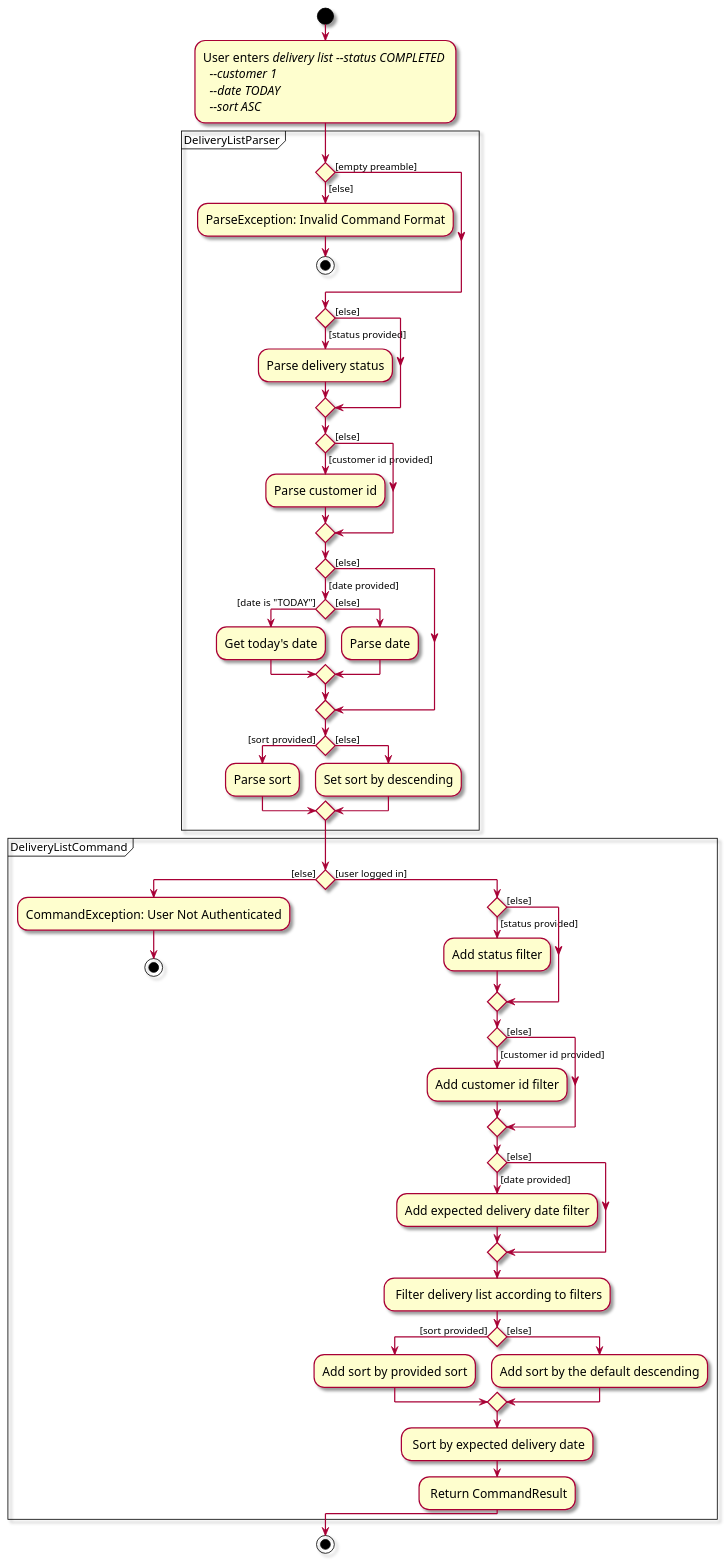
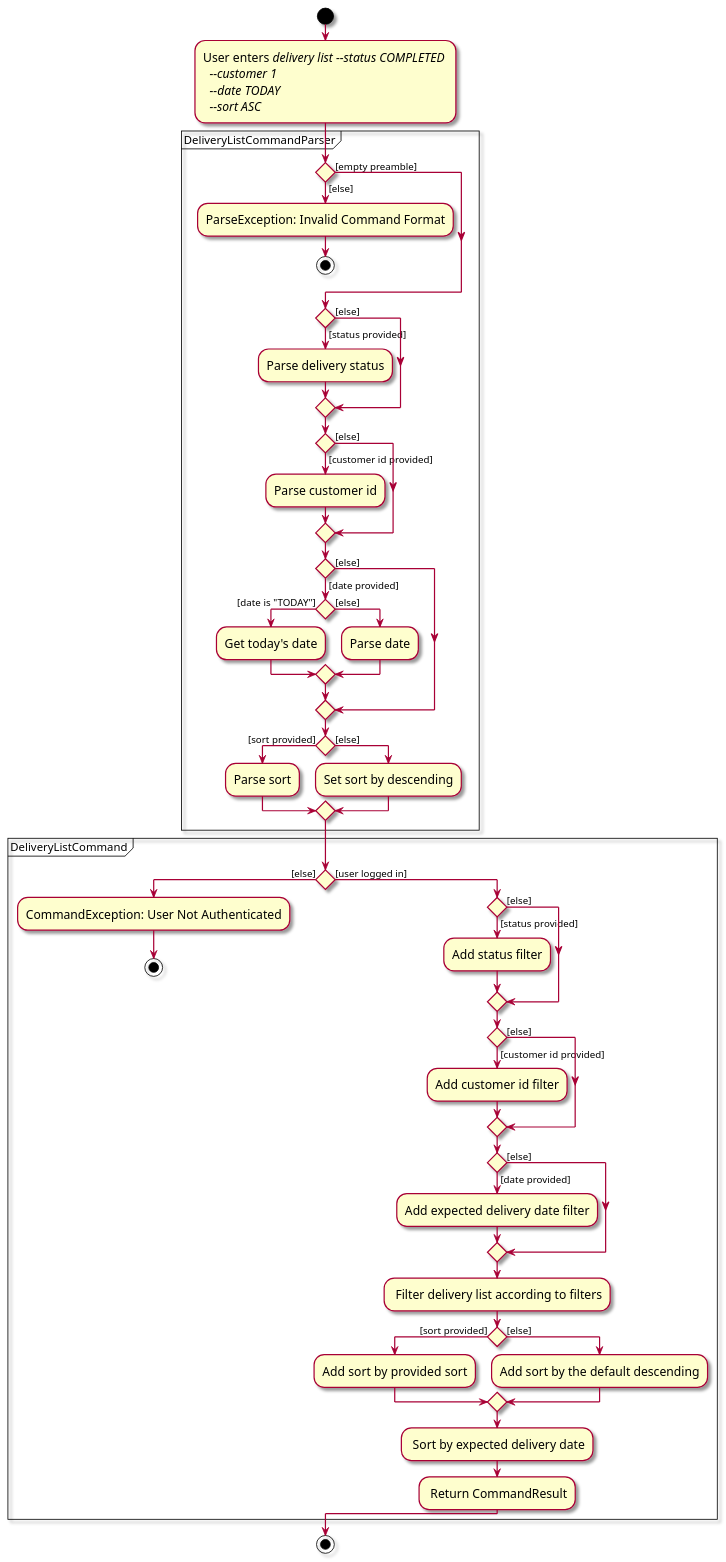
One commit to zhonghan721/tp changed the diagram in docs/diagrams/implementation/delivery/DeliveryListActivityDiagram.puml. Above: the diagram before and after it, drawn with PlantUML. The commit also changed 1 other file, not shown here.

Commit message:
Update parser name

```diff
--- a/docs/diagrams/implementation/delivery/DeliveryListActivityDiagram.puml
+++ b/docs/diagrams/implementation/delivery/DeliveryListActivityDiagram.puml
@@ -1,82 +1,82 @@
 @startuml
 skin rose
 skinparam ActivityFontSize 15
 skinparam ArrowFontSize 12
 
 !pragma useVerticalIf on
 start
 :User enters <i>delivery list --status COMPLETED \n <i> --customer 1</i> \n <i> --date TODAY </i> \n <i> --sort ASC </i>;
-partition DeliveryListParser {
+partition DeliveryListCommandParser {
     if () then ([else])
         :ParseException: Invalid Command Format;
         stop
         else ([empty preamble])
         endif
 
        if () then ([status provided])
            :Parse delivery status;
        else ([else])
        endif
 
        if () then ([customer id provided])
            :Parse customer id;
 
        else ([else])
        endif
 
        if () then ([date provided])
 
            if () then ([date is "TODAY"])
                :Get today's date;
 
            else ([else])
             :Parse date;
            endif
 
        else ([else])
         endif
 
           if () then ([sort provided])
                    :Parse sort;
 
                else ([else])
                :Set sort by descending;
                endif
 
 }
 
 partition DeliveryListCommand {
     if () then ([else])
         :CommandException: User Not Authenticated;
         stop
     else ([user logged in])
 
     if () then ([status provided])
         :Add status filter;
     else ([else])
     endif
 
     if () then ([customer id provided])
         :Add customer id filter;
     else ([else])
     endif
 
     if () then ([date provided])
         :Add expected delivery date filter;
     else ([else])
     endif
         : Filter delivery list according to filters;
      if () then ([sort provided])
             :Add sort by provided sort;
         else ([else])
         :Add sort by the default descending;
         endif
         : Sort by expected delivery date;
         : Return CommandResult;
     endif
 
 }
 
 stop
 
 @enduml
```
